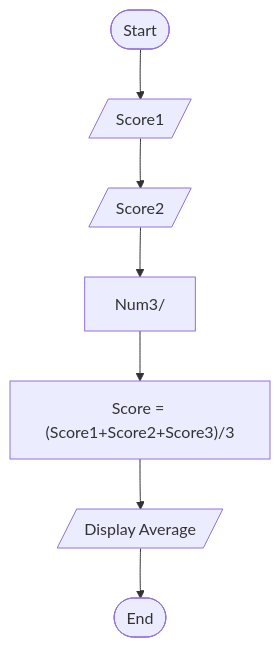
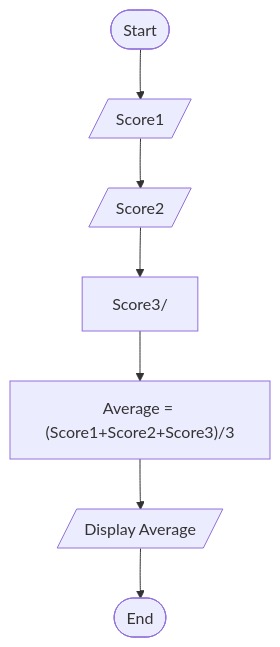
One commit to delacruzjohnlouiep/CPP102-1CPE-A-delacruzjohnlouiep. changed the diagram in Flowchart2.md. Above: the diagram before and after it, drawn with Mermaid.

````diff
--- a/Flowchart2.md
+++ b/Flowchart2.md
@@ -1,9 +1,9 @@
 ```mermaid
 flowchart TD
     A([Start]) --> B[/ Score1 /]
 B --> C[/Score2/]
-C --> D[Num3/]
-D --> E["Score = (Score1+Score2+Score3)/3"]
+C --> D[Score3/]
+D --> E["Average = (Score1+Score2+Score3)/3"]
 E --> F[/Display Average/]
 F --> G([End])
 ```
````
